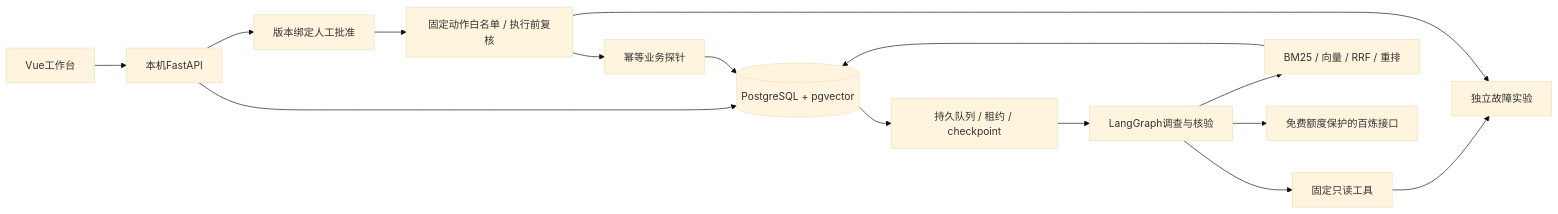
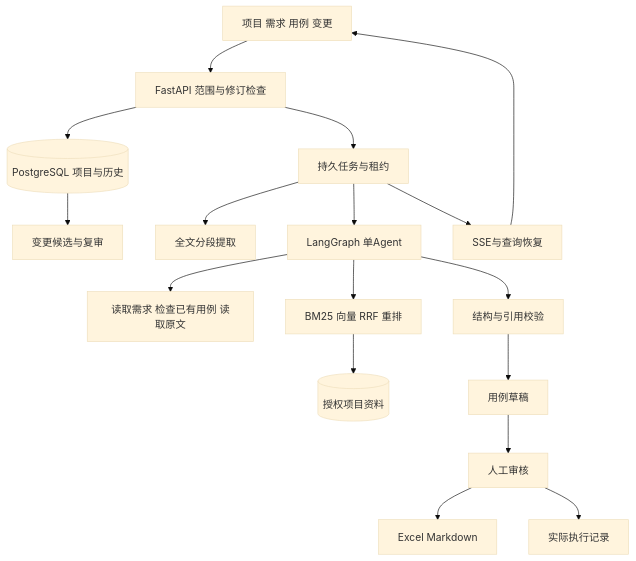
One commit to chen-xinyi111/caseflow changed the diagram in docs/ARCHITECTURE.md. Above: the diagram before and after it, drawn with Mermaid (base theme). The commit also changed other lines of this file and 57 other files, not shown here.

````diff
--- a/docs/ARCHITECTURE.md
+++ b/docs/ARCHITECTURE.md
@@ -3,17 +3,19 @@
 ```mermaid
-flowchart LR
-    UI[Vue工作台] --> API[本机FastAPI]
-    API --> DB[(PostgreSQL + pgvector)]
-    DB --> Queue[持久队列 / 租约 / checkpoint]
-    Queue --> Graph[LangGraph调查与核验]
-    Graph --> Read[固定只读工具]
-    Graph --> RAG[BM25 / 向量 / RRF / 重排]
-    RAG --> DB
-    Graph --> Model[免费额度保护的百炼接口]
-    Read --> Fault[独立故障实验]
-    API --> Approval[版本绑定人工批准]
-    Approval --> Action[固定动作白名单 / 执行前复核]
-    Action --> Fault
-    Action --> Probe[幂等业务探针]
-    Probe --> DB
+flowchart TD
+ UI[项目 需求 用例 变更] --> API[FastAPI 范围与修订检查]
+ API --> DB[(PostgreSQL 项目与历史)]
+ API --> Queue[持久任务与租约]
+ Queue --> Extract[全文分段提取]
+ Queue --> Agent[LangGraph 单Agent]
+ Agent --> Tools[读取需求 检查已有用例 读取原文]
+ Agent --> RAG[BM25 向量 RRF 重排]
+ RAG --> KB[(授权项目资料)]
+ Agent --> Validate[结构与引用校验]
+ Validate --> Draft[用例草稿]
+ Draft --> Review[人工审核]
+ Review --> Export[Excel Markdown]
+ Review --> Runs[实际执行记录]
+ DB --> Changes[变更候选与复审]
+ Queue --> Events[SSE与查询恢复]
+ Events --> UI
 ```
````
